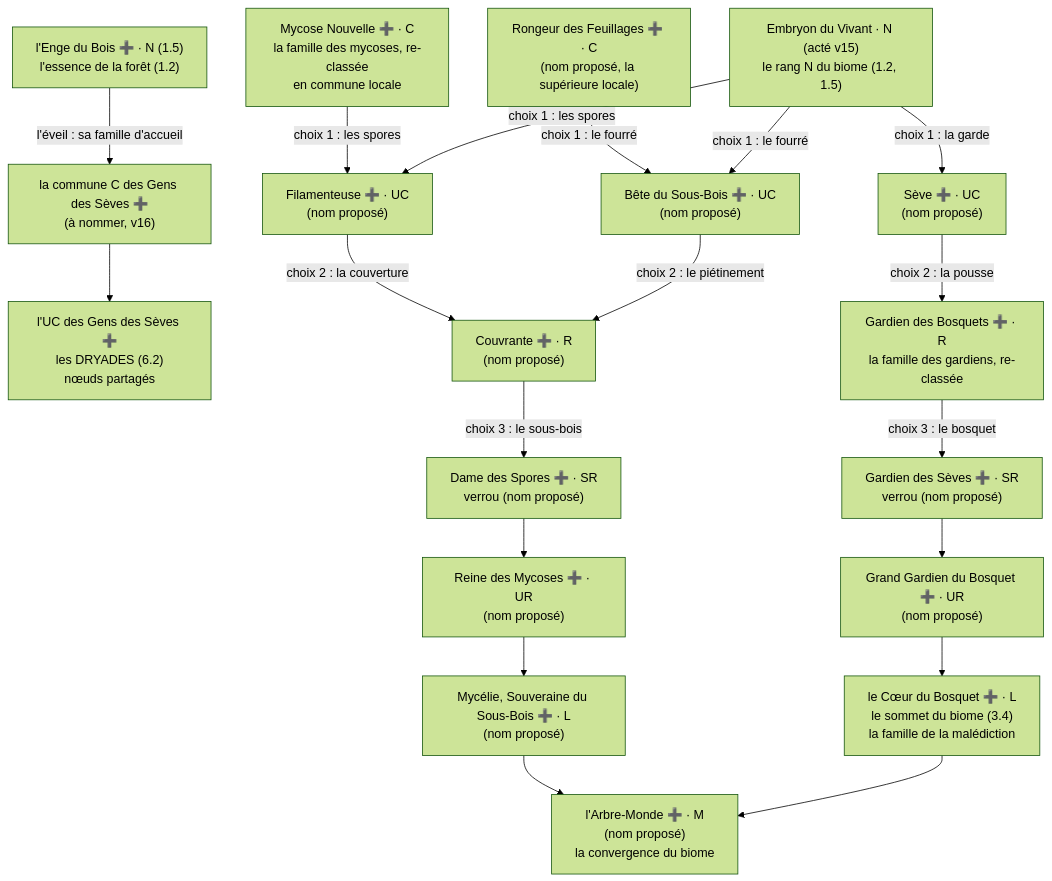
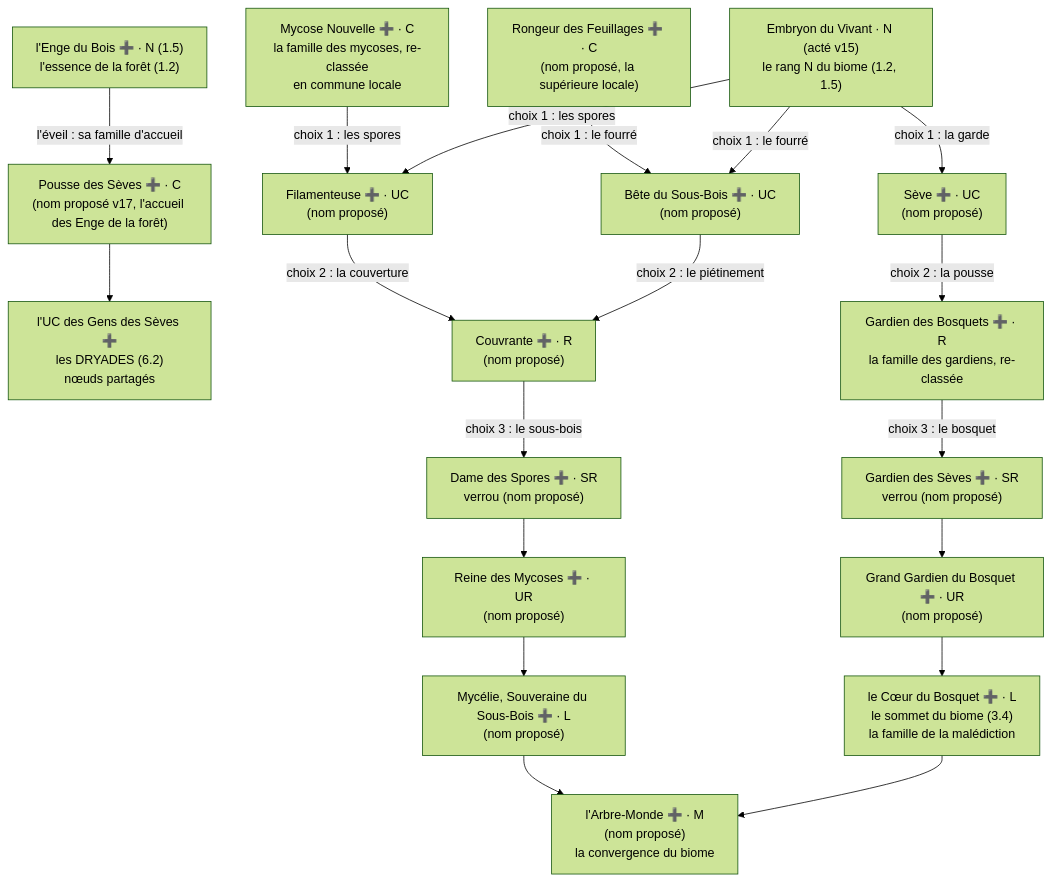
One commit to mobize191/aicg-lignees changed diagram 18 of 19 in docs/design-arbres.md. Above: the diagram before and after it, drawn with Mermaid (forest theme). The commit also changed other lines of this file and 1 other file, not shown here.

Commit message:
docs : design v17 des arbres (Ange Éveillé, drops, communes) + refonte des sorts (typologie, acquisition, familles)

````diff
--- a/docs/design-arbres.md
+++ b/docs/design-arbres.md
@@ -593,16 +595,16 @@
 ```mermaid
 flowchart TD
   MYC["Mycose Nouvelle ➕ · C<br/>la famille des mycoses, re-classée<br/>en commune locale"] -->|"choix 1 : les spores"| M1["Filamenteuse ➕ · UC<br/>(nom proposé)"]
   RON["Rongeur des Feuillages ➕ · C<br/>(nom proposé, la supérieure locale)"] -->|"choix 1 : le fourré"| M2["Bête du Sous-Bois ➕ · UC<br/>(nom proposé)"]
-  ENG["l'Enge du Bois ➕ · N (1.5)<br/>l'essence de la forêt (1.2)"] -->|"l'éveil : sa famille d'accueil"| DRYC["la commune C des Gens des Sèves ➕<br/>(à nommer, v16)"] --> DRY["l'UC des Gens des Sèves ➕<br/>les DRYADES (6.2)<br/>nœuds partagés"]
+  ENG["l'Enge du Bois ➕ · N (1.5)<br/>l'essence de la forêt (1.2)"] -->|"l'éveil : sa famille d'accueil"| DRYC["Pousse des Sèves ➕ · C<br/>(nom proposé v17, l'accueil des Enge de la forêt)"] --> DRY["l'UC des Gens des Sèves ➕<br/>les DRYADES (6.2)<br/>nœuds partagés"]
   BEV["Embryon du Vivant · N (acté v15)<br/>le rang N du biome (1.2, 1.5)"] -->|"choix 1 : les spores"| M1
   BEV -->|"choix 1 : le fourré"| M2
   BEV -->|"choix 1 : la garde"| M3["Sève ➕ · UC<br/>(nom proposé)"]
   M1 -->|"choix 2 : la couverture"| R1["Couvrante ➕ · R<br/>(nom proposé)"]
   M2 -->|"choix 2 : le piétinement"| R1
   M3 -->|"choix 2 : la pousse"| R2["Gardien des Bosquets ➕ · R<br/>la famille des gardiens, re-classée"]
   R1 -->|"choix 3 : le sous-bois"| S1["Dame des Spores ➕ · SR<br/>verrou (nom proposé)"] --> U1["Reine des Mycoses ➕ · UR<br/>(nom proposé)"] --> L1["Mycélie, Souveraine du Sous-Bois ➕ · L<br/>(nom proposé)"]
   R2 -->|"choix 3 : le bosquet"| S2["Gardien des Sèves ➕ · SR<br/>verrou (nom proposé)"] --> U2["Grand Gardien du Bosquet ➕ · UR<br/>(nom proposé)"] --> L2["le Cœur du Bosquet ➕ · L<br/>le sommet du biome (3.4)<br/>la famille de la malédiction"]
   L1 --> M["l'Arbre-Monde ➕ · M<br/>(nom proposé)<br/>la convergence du biome"]
   L2 --> M
 ```
````
